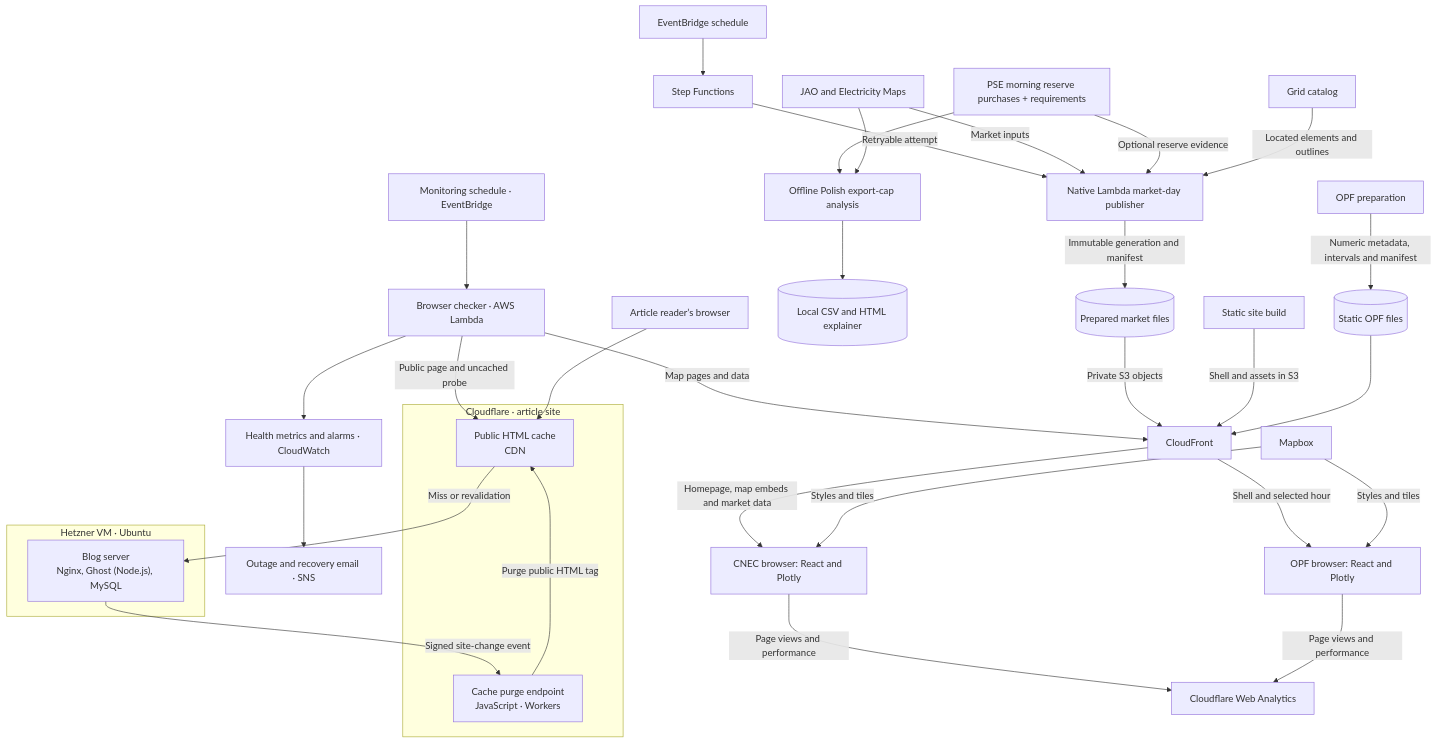
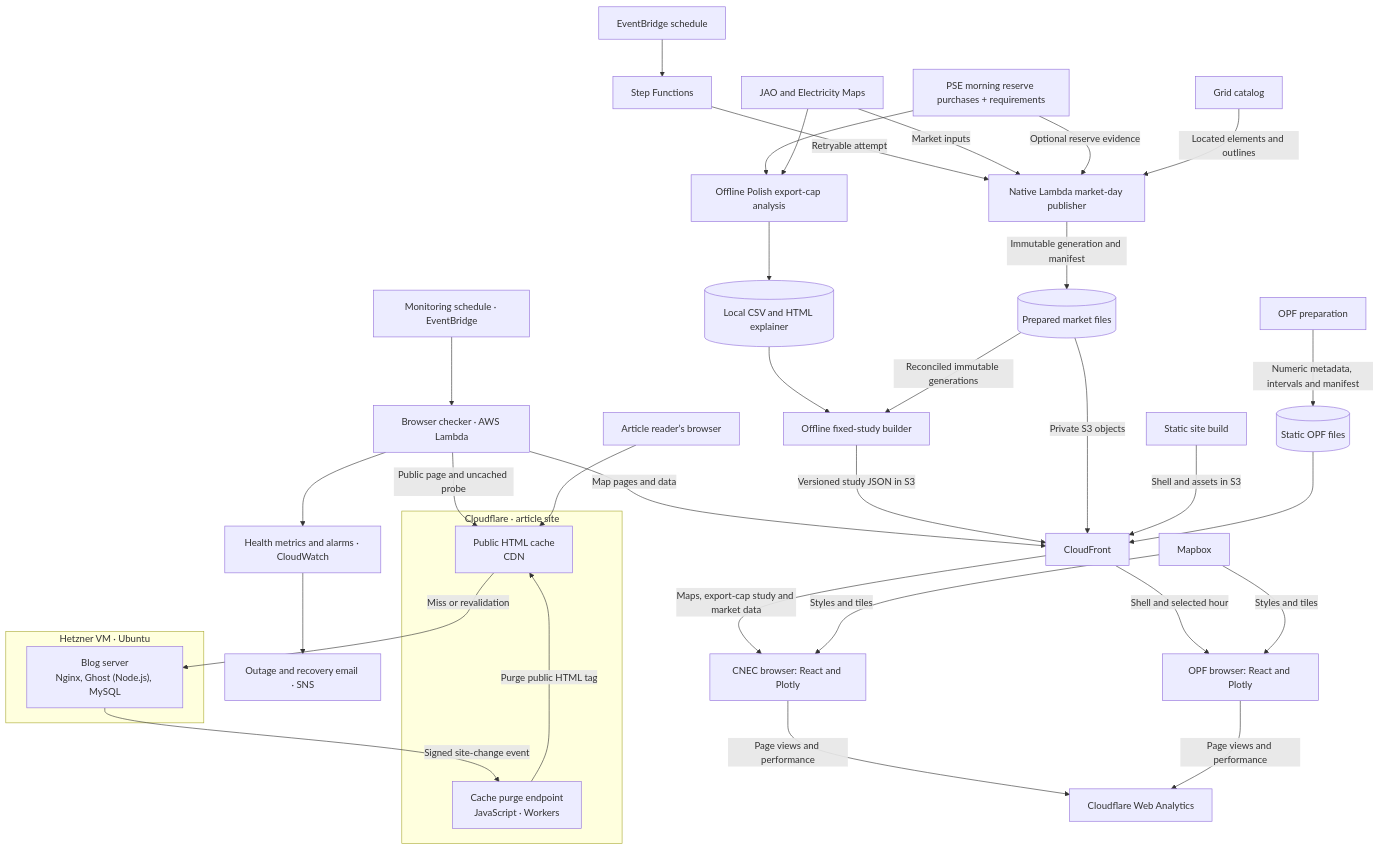
Before and after one commit to zoltanmaric/coppersushi: the diagram in README.md, drawn with Mermaid. The commit also changed 42 other files, not shown here.

Commit message:
Add fixed Polish export-cap investigation page

````diff
--- a/README.md
+++ b/README.md
@@ -46,46 +46,49 @@
 ```mermaid
 flowchart TB
     monitorSchedule["Monitoring schedule · EventBridge"] --> monitor["Browser checker · AWS Lambda"]
     monitor -->|Public page and uncached probe| articleedge
     monitor -->|Map pages and data| edge
     monitor --> health["Health metrics and alarms · CloudWatch"]
     health --> notify["Outage and recovery email · SNS"]
     click monitor "https://github.com/zoltanmaric/coppersushi/blob/main/monitoring/README.md" "Website monitoring"
     articles["Article reader’s browser"]
     subgraph articlecloudflare["Cloudflare · article site"]
         articleedge["Public HTML cache<br/>CDN"]
         purge["Cache purge endpoint<br/>JavaScript · Workers"]
     end
     subgraph articlehetzner["Hetzner VM · Ubuntu"]
         articlehost["Blog server<br/>Nginx, Ghost (Node.js), MySQL"]
     end
     articles --> articleedge
     articleedge -->|Miss or revalidation| articlehost
     articlehost -->|Signed site-change event| purge
     purge -->|Purge public HTML tag| articleedge
     click articlehost "https://github.com/zoltanmaric/coppersushi/blob/main/121gigawatts/hosting/README.md" "Ghost hosting"
     click purge "https://github.com/zoltanmaric/coppersushi/blob/main/121gigawatts/hosting/README.md#public-page-caching" "Cache purge endpoint"
     schedule["EventBridge schedule"] --> workflow["Step Functions"]
     workflow -->|Retryable attempt| publication
     market["JAO and Electricity Maps"] -->|Market inputs| publication["Native Lambda market-day publisher"]
     pse["PSE morning reserve purchases + requirements"] -->|Optional reserve evidence| publication
     pse --> investigation["Offline Polish export-cap analysis"]
     market --> investigation
     investigation --> research[("Local CSV and HTML explainer")]
+    research --> study["Offline fixed-study builder"]
+    prepared -->|Reconciled immutable generations| study
+    study -->|Versioned study JSON in S3| edge
     catalog["Grid catalog"] -->|Located elements and outlines| publication
     publication -->|Immutable generation and manifest| prepared[("Prepared market files")]
     prepared -->|Private S3 objects| edge["CloudFront"]
     build["Static site build"] -->|Shell and assets in S3| edge
-    edge -->|Homepage, map embeds and market data| browser["CNEC browser: React and Plotly"]
+    edge -->|Maps, export-cap study and market data| browser["CNEC browser: React and Plotly"]
     opf["OPF preparation"] -->|Numeric metadata, intervals and manifest| opffiles[("Static OPF files")]
     opffiles --> edge
     edge -->|Shell and selected hour| opfbrowser["OPF browser: React and Plotly"]
     maps["Mapbox"] -->|Styles and tiles| browser
     maps -->|Styles and tiles| opfbrowser
     browser -->|Page views and performance| analytics["Cloudflare Web Analytics"]
     opfbrowser -->|Page views and performance| analytics
     click catalog "https://github.com/zoltanmaric/coppersushi/blob/main/coppersushi/pipelines/grid/README.md" "Grid catalog"
     click opf "https://github.com/zoltanmaric/coppersushi/blob/main/coppersushi/pipelines/powerflow/README.md" "OPF"
     click publication "https://github.com/zoltanmaric/coppersushi/blob/main/coppersushi/pipelines/cnec/README.md" "Publication"
     click browser "https://github.com/zoltanmaric/coppersushi/blob/main/coppersushi/frontend/README.md" "CNEC browser"
 ```
````
